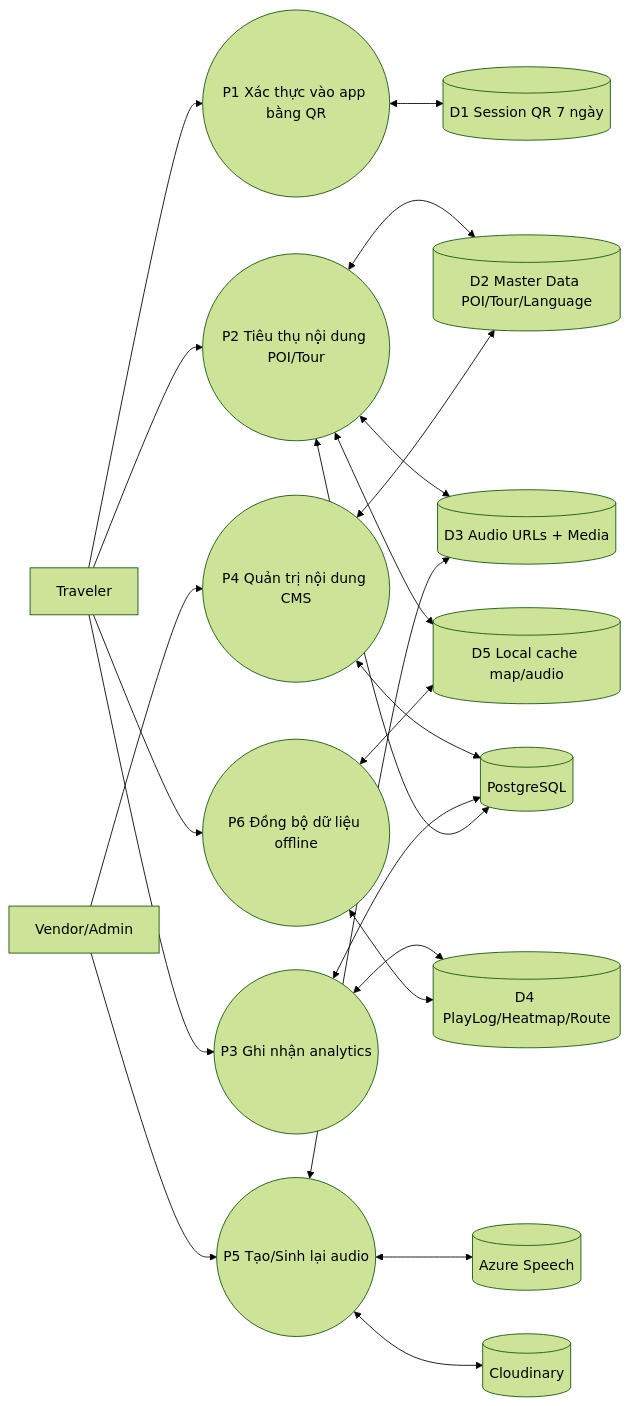
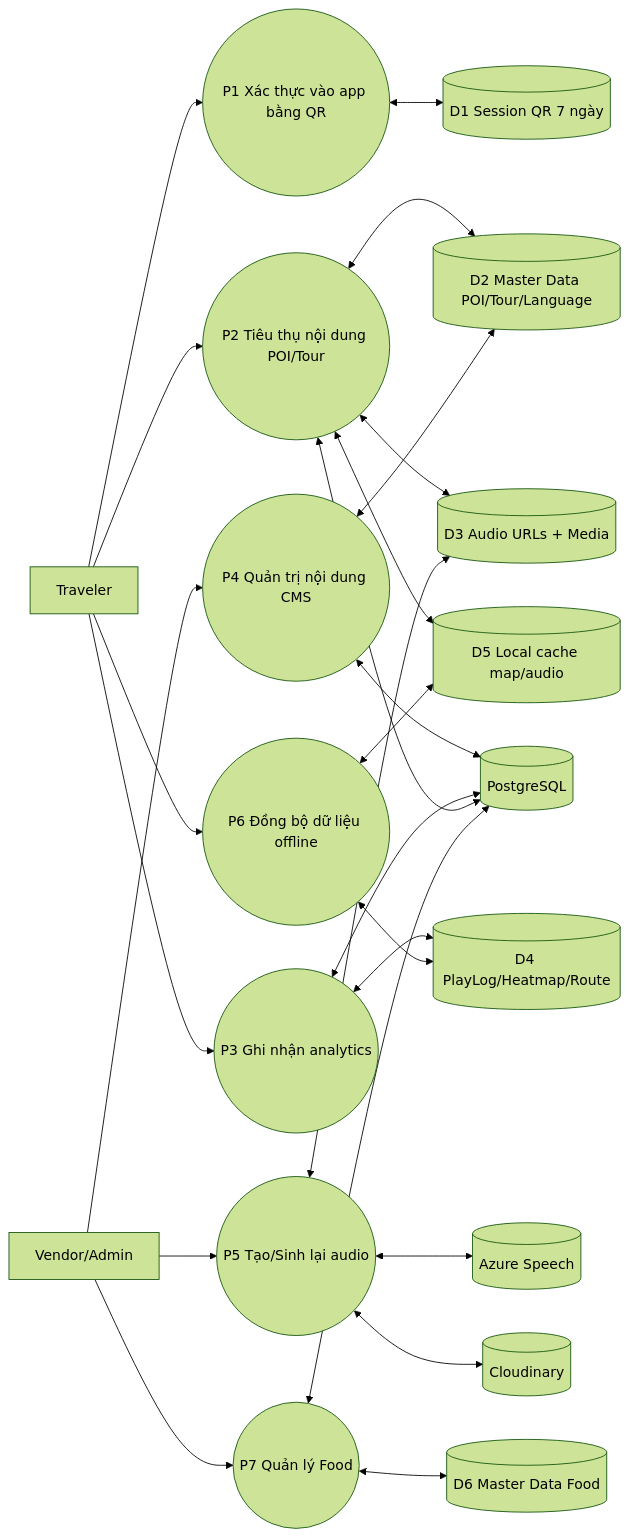
Diagram 23 of 23 in PRD_SmartTour.md (EricHoang28092k5/SmartTour), drawn with Mermaid (forest theme) before and after one commit. The commit also changed other lines of this file, not shown here.

````diff
--- a/PRD_SmartTour.md
+++ b/PRD_SmartTour.md
@@ -628,45 +937,50 @@
 ```mermaid
 flowchart LR
     Traveler[Traveler]
     Vendor[Vendor/Admin]
 
     P1((P1 Xác thực vào app bằng QR))
     P2((P2 Tiêu thụ nội dung POI/Tour))
     P3((P3 Ghi nhận analytics))
     P4((P4 Quản trị nội dung CMS))
     P5((P5 Tạo/Sinh lại audio))
     P6((P6 Đồng bộ dữ liệu offline))
+    P7((P7 Quản lý Food))
 
     D1[(D1 Session QR 7 ngày)]
     D2[(D2 Master Data POI/Tour/Language)]
     D3[(D3 Audio URLs + Media)]
     D4[(D4 PlayLog/Heatmap/Route)]
     D5[(D5 Local cache map/audio)]
+    D6[(D6 Master Data Food)]
 
     EXT1[(Azure Speech)]
     EXT2[(Cloudinary)]
     EXT3[(PostgreSQL)]
 
     Traveler --> P1
     Traveler --> P2
     Traveler --> P3
     Traveler --> P6
     Vendor --> P4
     Vendor --> P5
+    Vendor --> P7
 
     P1 <--> D1
     P2 <--> D2
     P2 <--> D3
     P2 <--> D5
     P3 <--> D4
     P4 <--> D2
     P5 <--> D3
     P6 <--> D4
     P6 <--> D5
+    P7 <--> D6
 
     P4 <--> EXT3
     P5 <--> EXT1
     P5 <--> EXT2
     P3 <--> EXT3
     P2 <--> EXT3
+    P7 <--> EXT3
 ```
````
